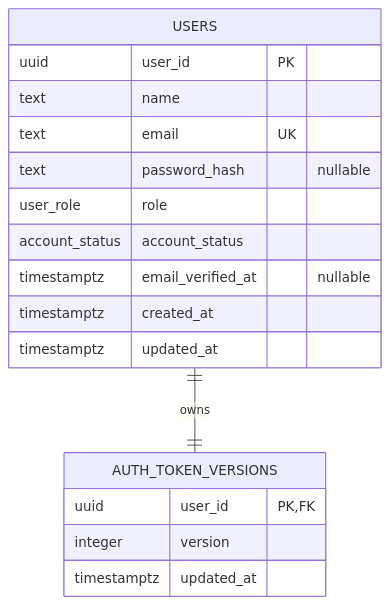
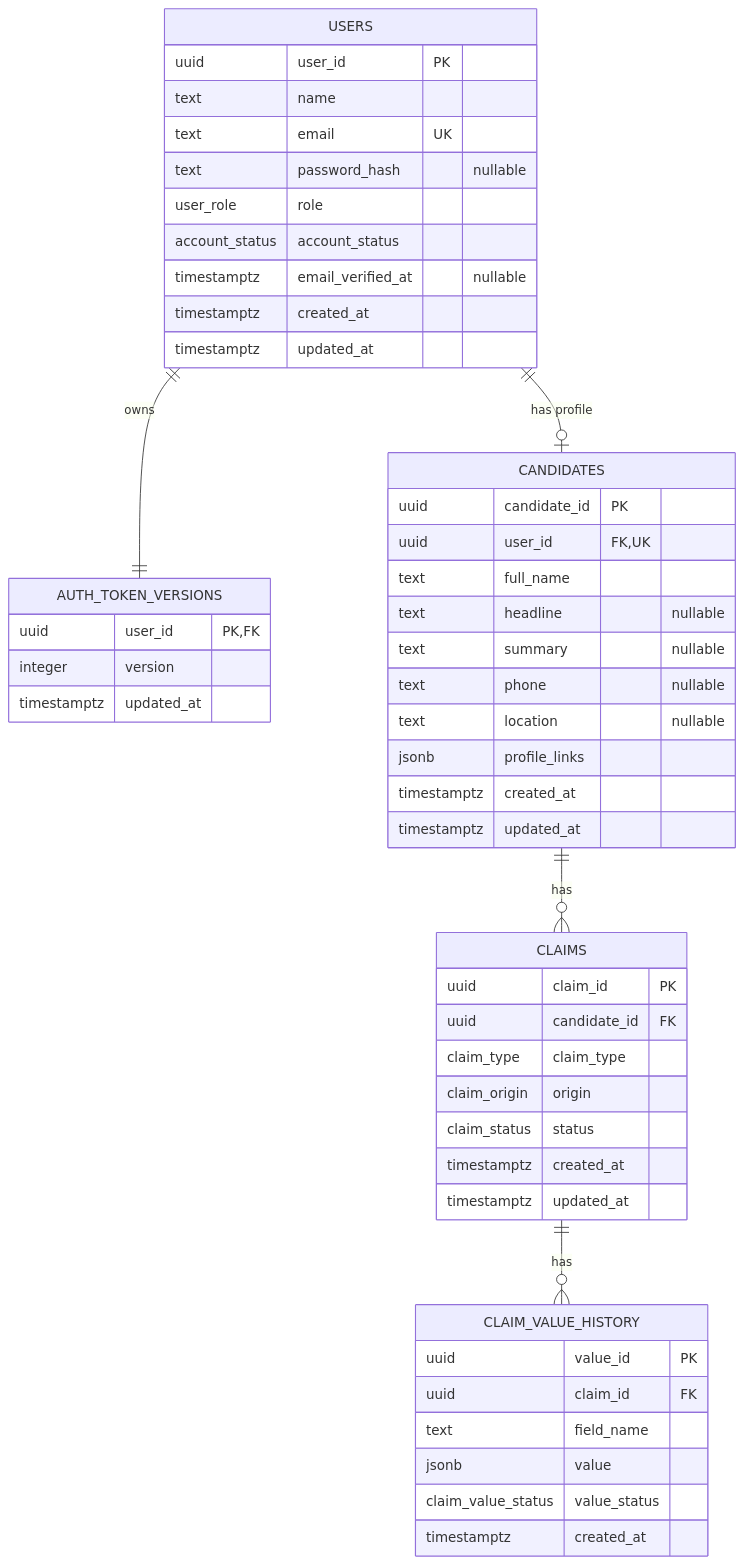
The diagram in docs/database/data-model.md (cv-parser-team/Backend), drawn with Mermaid before and after one commit. The commit also changed other lines of this file and 18 other files, not shown here.

First line of the commit message:
feat(candidates): add candidate profiles, manual claims, and profile export

````diff
--- a/docs/database/data-model.md
+++ b/docs/database/data-model.md
@@ -16,21 +16,53 @@
 ```mermaid
 erDiagram
     USERS {
         uuid user_id PK
         text name
         text email UK
         text password_hash "nullable"
         user_role role
         account_status account_status
         timestamptz email_verified_at "nullable"
         timestamptz created_at
         timestamptz updated_at
     }
     AUTH_TOKEN_VERSIONS {
         uuid user_id PK, FK
         integer version
         timestamptz updated_at
     }
+    CANDIDATES {
+        uuid candidate_id PK
+        uuid user_id FK, UK
+        text full_name
+        text headline "nullable"
+        text summary "nullable"
+        text phone "nullable"
+        text location "nullable"
+        jsonb profile_links
+        timestamptz created_at
+        timestamptz updated_at
+    }
+    CLAIMS {
+        uuid claim_id PK
+        uuid candidate_id FK
+        claim_type claim_type
+        claim_origin origin
+        claim_status status
+        timestamptz created_at
+        timestamptz updated_at
+    }
+    CLAIM_VALUE_HISTORY {
+        uuid value_id PK
+        uuid claim_id FK
+        text field_name
+        jsonb value
+        claim_value_status value_status
+        timestamptz created_at
+    }
 
     USERS ||--|| AUTH_TOKEN_VERSIONS : owns
+    USERS ||--o| CANDIDATES : "has profile"
+    CANDIDATES ||--o{ CLAIMS : has
+    CLAIMS ||--o{ CLAIM_VALUE_HISTORY : has
 ```
````
